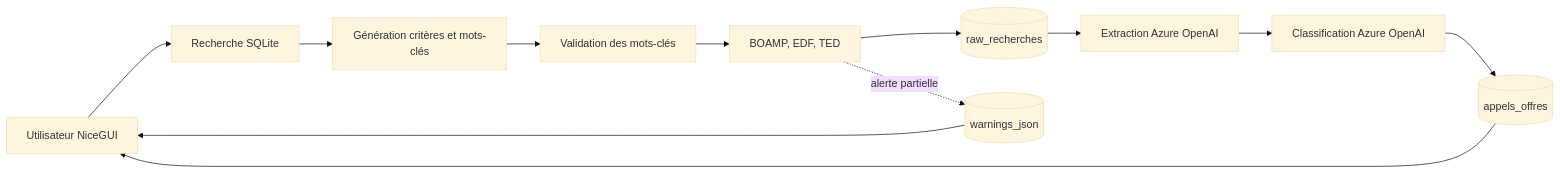
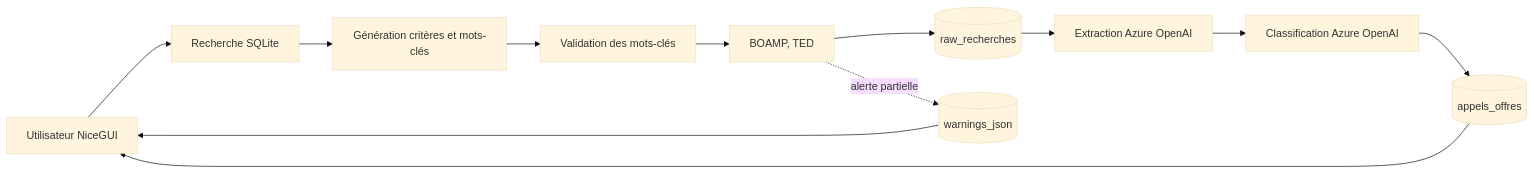
One commit to As3ly/Argos changed the diagram in docs/architecture/overview.md. Above: the diagram before and after it, drawn with Mermaid (base theme). The commit also changed other lines of this file and 30 other files, not shown here.

Commit message:
Stabiliser TED et retirer le scraper EDF

````diff
--- a/docs/architecture/overview.md
+++ b/docs/architecture/overview.md
@@ -3,14 +3,14 @@
 ```mermaid
 flowchart LR
     U["Utilisateur NiceGUI"] --> J["Recherche SQLite"]
     J --> G["Génération critères et mots-clés"]
     G --> V["Validation des mots-clés"]
-    V --> S["BOAMP, EDF, TED"]
+    V --> S["BOAMP, TED"]
     S --> R[("raw_recherches")]
     R --> E["Extraction Azure OpenAI"]
     E --> C["Classification Azure OpenAI"]
     C --> A[("appels_offres")]
     A --> U
     S -. "alerte partielle" .-> W[("warnings_json")]
     W --> U
 ```
````
